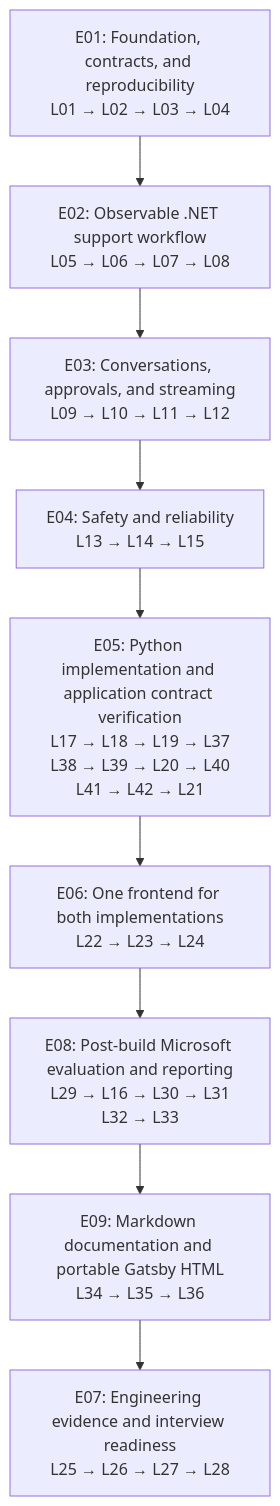
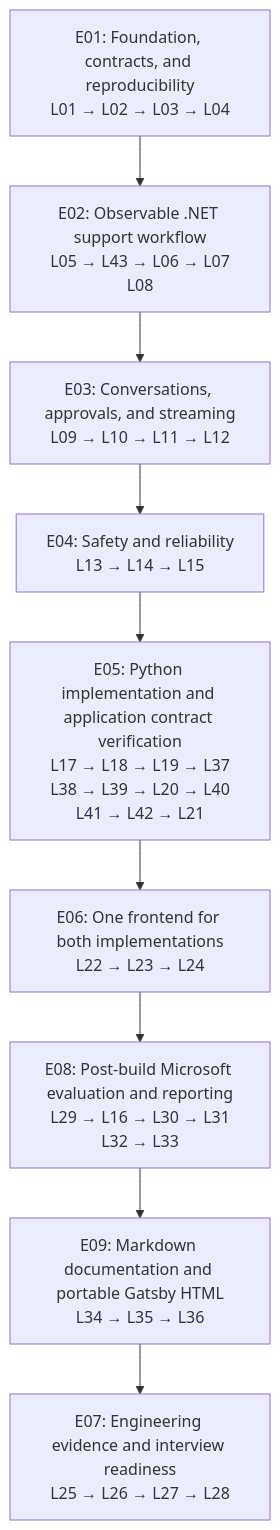
The diagram in docs/learning/roadmap.md (olaheavy-dev/maf-support-lab), drawn with Mermaid before and after one commit. The commit also changed other lines of this file and 155 other files, not shown here.

````diff
--- a/docs/learning/roadmap.md
+++ b/docs/learning/roadmap.md
@@ -11,13 +11,13 @@
 ```mermaid
 flowchart TD
     E01["E01: Foundation, contracts, and reproducibility<br/>L01 → L02 → L03 → L04"]
-    E02["E02: Observable .NET support workflow<br/>L05 → L06 → L07 → L08"]
+    E02["E02: Observable .NET support workflow<br/>L05 → L43 → L06 → L07<br/>L08"]
     E03["E03: Conversations, approvals, and streaming<br/>L09 → L10 → L11 → L12"]
     E04["E04: Safety and reliability<br/>L13 → L14 → L15"]
     E05["E05: Python implementation and application contract verification<br/>L17 → L18 → L19 → L37<br/>L38 → L39 → L20 → L40<br/>L41 → L42 → L21"]
     E06["E06: One frontend for both implementations<br/>L22 → L23 → L24"]
     E08["E08: Post-build Microsoft evaluation and reporting<br/>L29 → L16 → L30 → L31<br/>L32 → L33"]
     E09["E09: Markdown documentation and portable Gatsby HTML<br/>L34 → L35 → L36"]
     E07["E07: Engineering evidence and interview readiness<br/>L25 → L26 → L27 → L28"]
     E01 --> E02 --> E03 --> E04 --> E05 --> E06 --> E08 --> E09 --> E07
 ```
````
